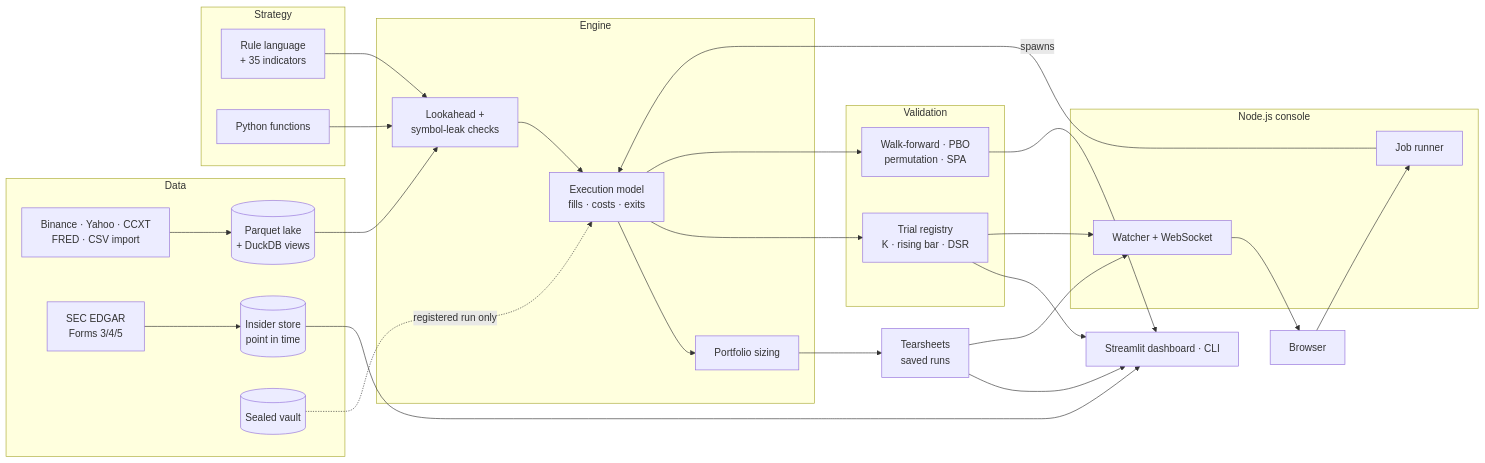
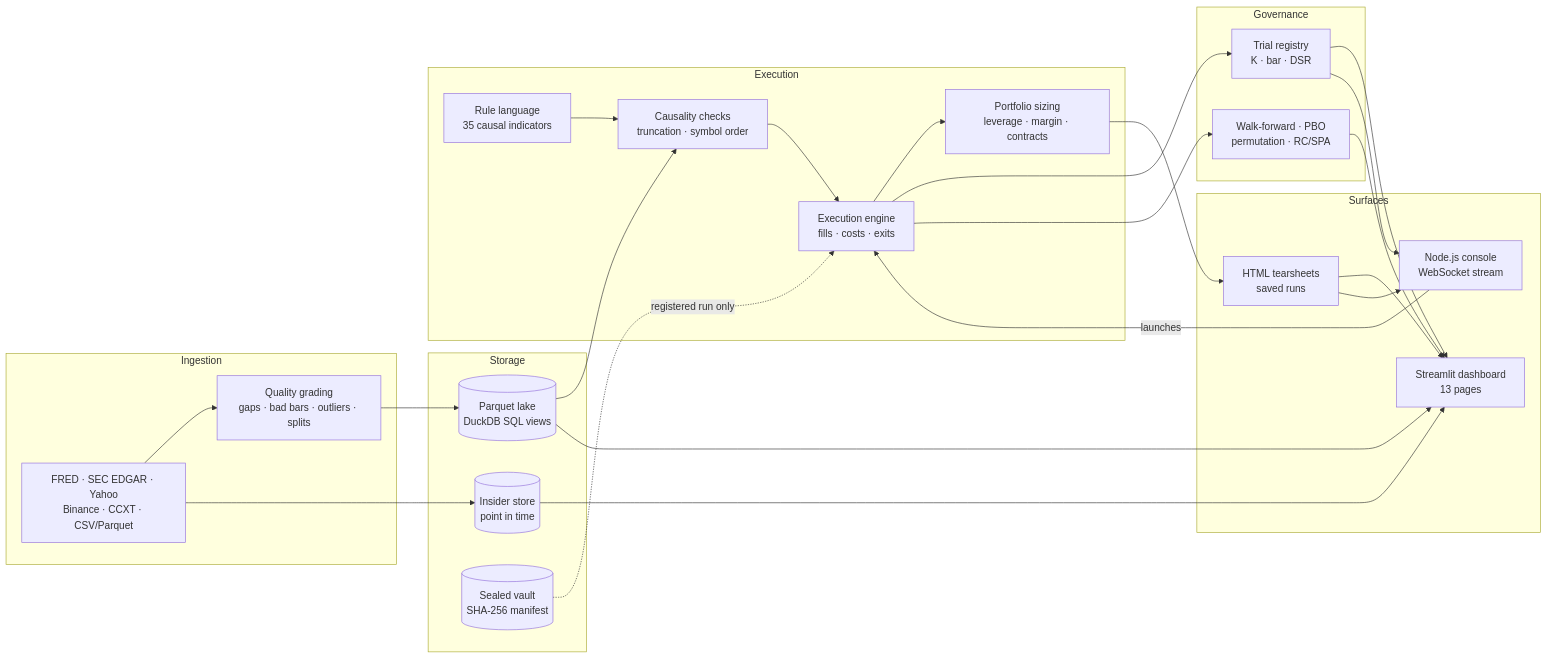
One commit to Skippy-8/quantlab changed the diagram in README.md. Above: the diagram before and after it, drawn with Mermaid. The commit also changed other lines of this file, not shown here.

First line of the commit message:
README: invariants, subsystem matrix, CLI reference, deep dives

````diff
--- a/README.md
+++ b/README.md
@@ -203,36 +75,36 @@
 ```mermaid
 flowchart LR
-    subgraph Data
-      SRC[Binance · Yahoo · CCXT<br/>FRED · CSV import]
-      SEC[SEC EDGAR<br/>Forms 3/4/5]
-      LAKE[(Parquet lake<br/>+ DuckDB views)]
-      INS[(Insider store<br/>point in time)]
-      VAULT[(Sealed vault)]
+    subgraph ING["Ingestion"]
+      SRC["FRED · SEC EDGAR · Yahoo<br/>Binance · CCXT · CSV/Parquet"]
+      QC["Quality grading<br/>gaps · bad bars · outliers · splits"]
     end
-    subgraph Strategy
-      RULES[Rule language<br/>+ 35 indicators]
-      PY[Python functions]
+    subgraph STORE["Storage"]
+      LAKE[("Parquet lake<br/>DuckDB SQL views")]
+      INS[("Insider store<br/>point in time")]
+      VAULT[("Sealed vault<br/>SHA-256 manifest")]
     end
-    subgraph Engine
-      CHK[Lookahead +<br/>symbol-leak checks]
-      ENG[Execution model<br/>fills · costs · exits]
-      PF[Portfolio sizing]
+    subgraph EXEC["Execution"]
+      RULES["Rule language<br/>35 causal indicators"]
+      CHK["Causality checks<br/>truncation · symbol order"]
+      ENG["Execution engine<br/>fills · costs · exits"]
+      PF["Portfolio sizing<br/>leverage · margin · contracts"]
     end
-    subgraph Validation
-      REG[Trial registry<br/>K · rising bar · DSR]
-      WF[Walk-forward · PBO<br/>permutation · SPA]
+    subgraph GOV["Governance"]
+      REG["Trial registry<br/>K · bar · DSR"]
+      VAL["Walk-forward · PBO<br/>permutation · RC/SPA"]
     end
-    subgraph Console[Node.js console]
-      WATCH[Watcher + WebSocket]
-      JOBS[Job runner]
+    subgraph SURF["Surfaces"]
+      DASH["Streamlit dashboard<br/>13 pages"]
+      REP["HTML tearsheets<br/>saved runs"]
+      CON["Node.js console<br/>WebSocket stream"]
     end
-    SRC --> LAKE
-    SEC --> INS
-    RULES & PY --> CHK
-    LAKE --> CHK --> ENG --> PF --> REP[Tearsheets<br/>saved runs]
-    ENG --> REG & WF
+    SRC --> QC --> LAKE
+    SRC --> INS
+    LAKE --> CHK
+    RULES --> CHK --> ENG --> PF --> REP
+    ENG --> REG & VAL
     VAULT -. registered run only .-> ENG
-    REP & REG & WF & INS --> UI[Streamlit dashboard · CLI]
-    REG & REP --> WATCH --> BROWSER[Browser]
-    BROWSER --> JOBS -- spawns --> ENG
+    LAKE & INS & REG & VAL & REP --> DASH
+    REG & REP --> CON
+    CON -- launches --> ENG
 ```
````
